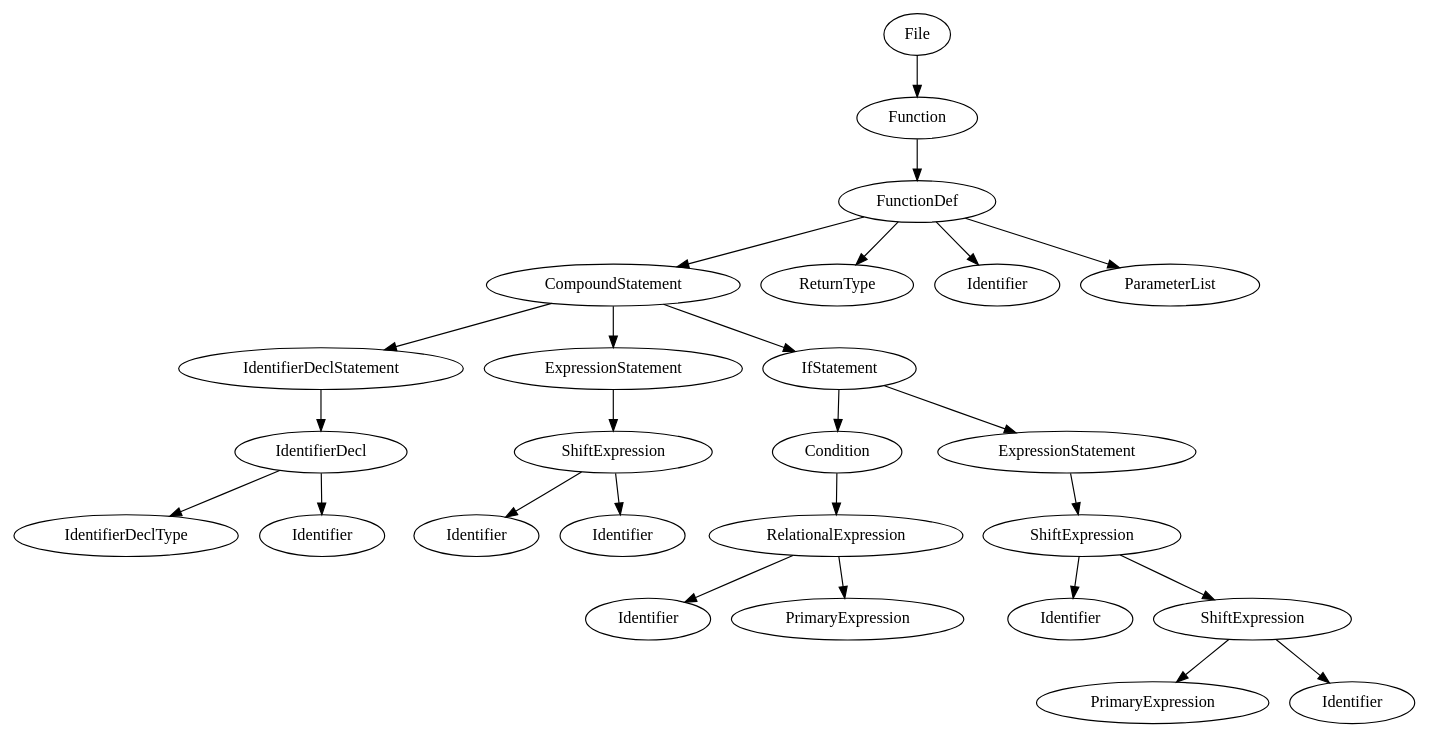
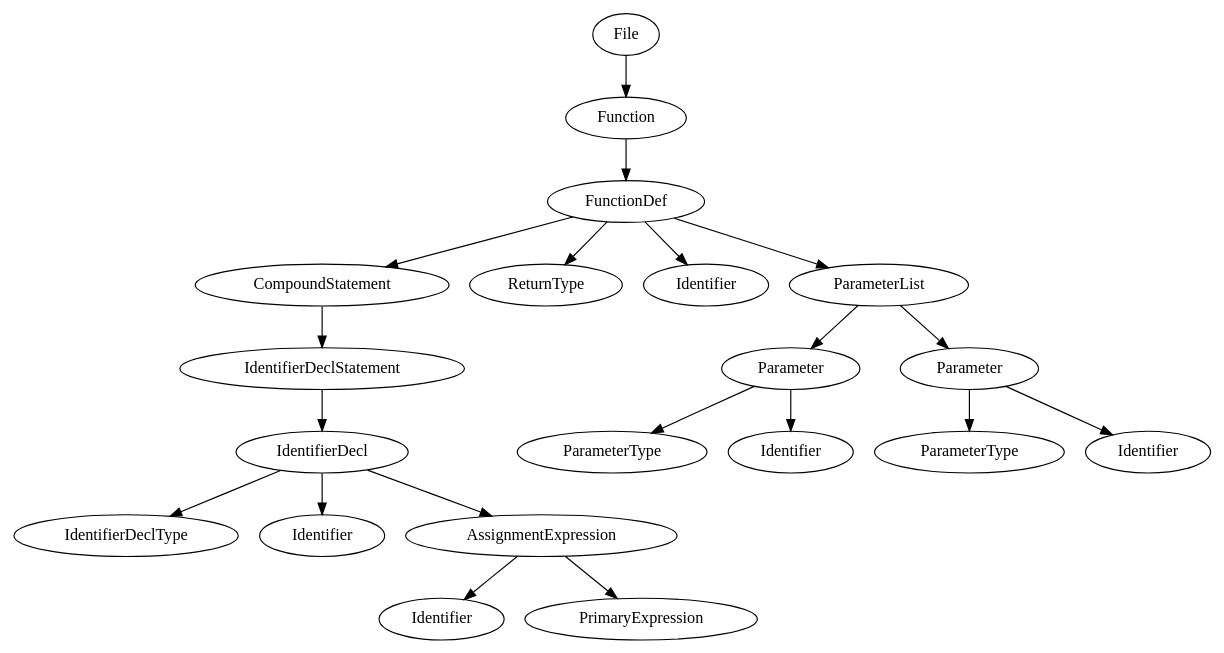
The diagram in test.gv (rsalesc/TCC), drawn with Graphviz before and after one commit. The commit also changed 22 other files, not shown here.

```diff
--- a/test.gv
+++ b/test.gv
@@ -1,53 +1,41 @@
 digraph {
 	1 [label=File]
 	1 -> 2
 	2 [label=Function]
 	2 -> 3
 	3 [label=FunctionDef]
 	3 -> 4
 	4 [label=CompoundStatement]
 	4 -> 5
 	5 [label=IdentifierDeclStatement]
 	5 -> 6
 	6 [label=IdentifierDecl]
 	6 -> 7
 	7 [label=IdentifierDeclType]
 	6 -> 8
 	8 [label=Identifier]
-	4 -> 9
-	9 [label=ExpressionStatement]
+	6 -> 9
+	9 [label=AssignmentExpression]
 	9 -> 10
-	10 [label=ShiftExpression]
-	10 -> 11
-	11 [label=Identifier]
-	10 -> 12
-	12 [label=Identifier]
-	4 -> 13
-	13 [label=IfStatement]
-	13 -> 14
-	14 [label=Condition]
+	10 [label=Identifier]
+	9 -> 11
+	11 [label=PrimaryExpression]
+	3 -> 12
+	12 [label=ReturnType]
+	3 -> 13
+	13 [label=Identifier]
+	3 -> 14
+	14 [label=ParameterList]
 	14 -> 15
-	15 [label=RelationalExpression]
+	15 [label=Parameter]
 	15 -> 16
-	16 [label=Identifier]
+	16 [label=ParameterType]
 	15 -> 17
-	17 [label=PrimaryExpression]
-	13 -> 18
-	18 [label=ExpressionStatement]
+	17 [label=Identifier]
+	14 -> 18
+	18 [label=Parameter]
 	18 -> 19
-	19 [label=ShiftExpression]
-	19 -> 20
+	19 [label=ParameterType]
+	18 -> 20
 	20 [label=Identifier]
-	19 -> 21
-	21 [label=ShiftExpression]
-	21 -> 22
-	22 [label=PrimaryExpression]
-	21 -> 23
-	23 [label=Identifier]
-	3 -> 24
-	24 [label=ReturnType]
-	3 -> 25
-	25 [label=Identifier]
-	3 -> 26
-	26 [label=ParameterList]
 }
```
